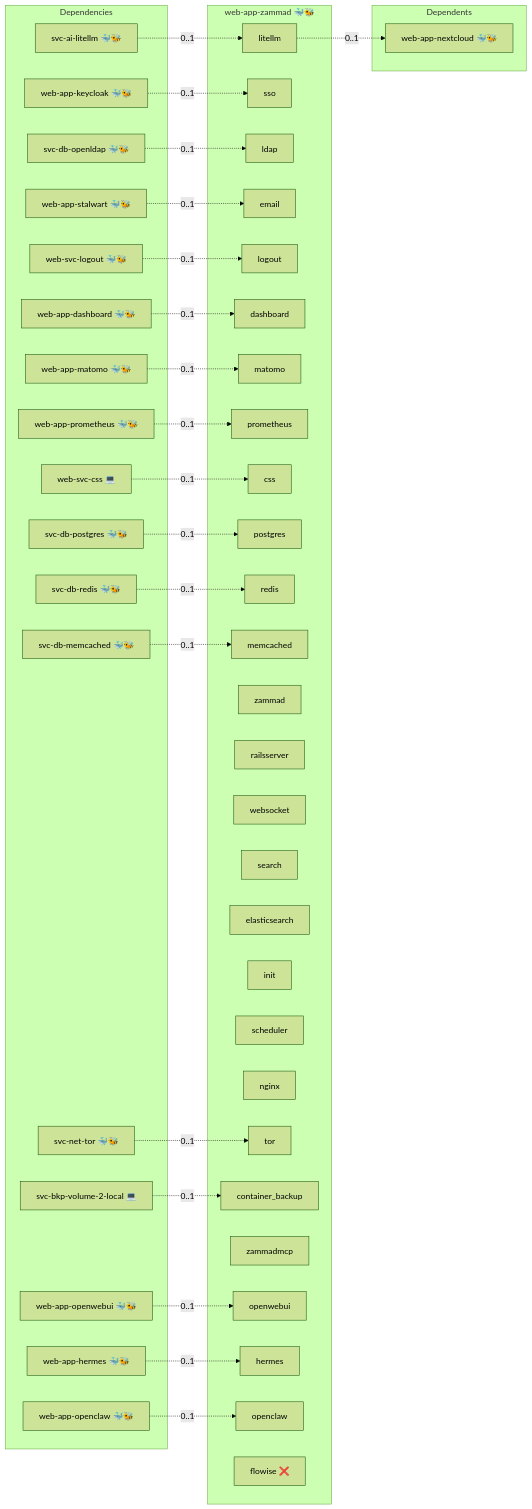
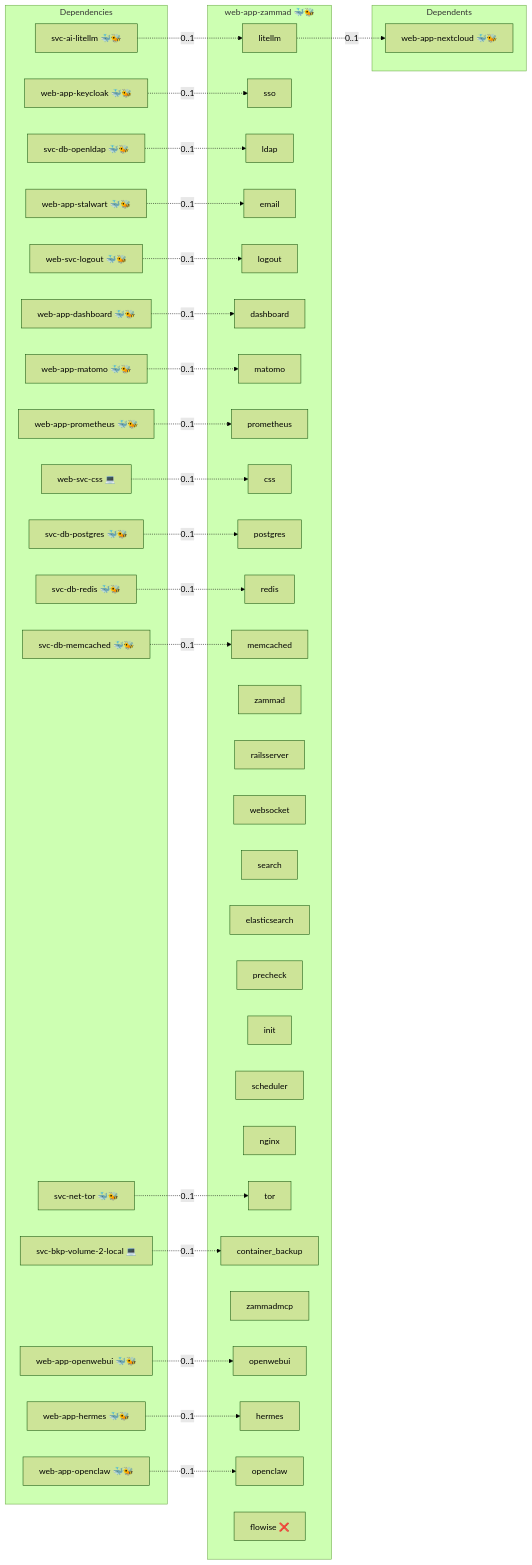
Before and after one commit to AlejandroRomanIbanez/infinito-nexus: the diagram in roles/web-app-zammad/README.md, drawn with Mermaid (forest theme). The commit also changed other lines of this file and 9 other files, not shown here.

````diff
--- a/roles/web-app-zammad/README.md
+++ b/roles/web-app-zammad/README.md
@@ -15,72 +15,73 @@
 ```mermaid
 flowchart LR
     subgraph deps [Dependencies]
         dep_svc_ai_litellm["svc-ai-litellm 🐳🐝"]
         dep_svc_bkp_volume_2_local["svc-bkp-volume-2-local 💻"]
         dep_svc_db_memcached["svc-db-memcached 🐳🐝"]
         dep_svc_db_openldap["svc-db-openldap 🐳🐝"]
         dep_svc_db_postgres["svc-db-postgres 🐳🐝"]
         dep_svc_db_redis["svc-db-redis 🐳🐝"]
         dep_svc_net_tor["svc-net-tor 🐳🐝"]
         dep_web_app_dashboard["web-app-dashboard 🐳🐝"]
         dep_web_app_hermes["web-app-hermes 🐳🐝"]
         dep_web_app_keycloak["web-app-keycloak 🐳🐝"]
         dep_web_app_matomo["web-app-matomo 🐳🐝"]
         dep_web_app_openclaw["web-app-openclaw 🐳🐝"]
         dep_web_app_openwebui["web-app-openwebui 🐳🐝"]
         dep_web_app_prometheus["web-app-prometheus 🐳🐝"]
         dep_web_app_stalwart["web-app-stalwart 🐳🐝"]
         dep_web_svc_css["web-svc-css 💻"]
         dep_web_svc_logout["web-svc-logout 🐳🐝"]
     end
     subgraph role [web-app-zammad 🐳🐝]
         svc_litellm["litellm"]
         svc_sso["sso"]
         svc_ldap["ldap"]
         svc_email["email"]
         svc_logout["logout"]
         svc_dashboard["dashboard"]
         svc_matomo["matomo"]
         svc_prometheus["prometheus"]
         svc_css["css"]
         svc_postgres["postgres"]
         svc_redis["redis"]
         svc_memcached["memcached"]
         svc_zammad["zammad"]
         svc_railsserver["railsserver"]
         svc_websocket["websocket"]
         svc_search["search"]
         svc_elasticsearch["elasticsearch"]
+        svc_precheck["precheck"]
         svc_init["init"]
         svc_scheduler["scheduler"]
         svc_nginx["nginx"]
         svc_tor["tor"]
         svc_container_backup["container_backup"]
         svc_zammadmcp["zammadmcp"]
         svc_openwebui["openwebui"]
         svc_hermes["hermes"]
         svc_openclaw["openclaw"]
         svc_flowise["flowise ❌"]
     end
     subgraph dependents [Dependents]
         dpt_web_app_nextcloud["web-app-nextcloud 🐳🐝"]
     end
     dep_svc_ai_litellm -. "0..1" .-> svc_litellm
     dep_svc_bkp_volume_2_local -. "0..1" .-> svc_container_backup
     dep_svc_db_memcached -. "0..1" .-> svc_memcached
     dep_svc_db_openldap -. "0..1" .-> svc_ldap
     dep_svc_db_postgres -. "0..1" .-> svc_postgres
     dep_svc_db_redis -. "0..1" .-> svc_redis
     dep_svc_net_tor -. "0..1" .-> svc_tor
     dep_web_app_dashboard -. "0..1" .-> svc_dashboard
     dep_web_app_hermes -. "0..1" .-> svc_hermes
     dep_web_app_keycloak -. "0..1" .-> svc_sso
     dep_web_app_matomo -. "0..1" .-> svc_matomo
     dep_web_app_openclaw -. "0..1" .-> svc_openclaw
     dep_web_app_openwebui -. "0..1" .-> svc_openwebui
     dep_web_app_prometheus -. "0..1" .-> svc_prometheus
     dep_web_app_stalwart -. "0..1" .-> svc_email
     dep_web_svc_css -. "0..1" .-> svc_css
     dep_web_svc_logout -. "0..1" .-> svc_logout
     svc_litellm -. "0..1" .-> dpt_web_app_nextcloud
 ```
````
